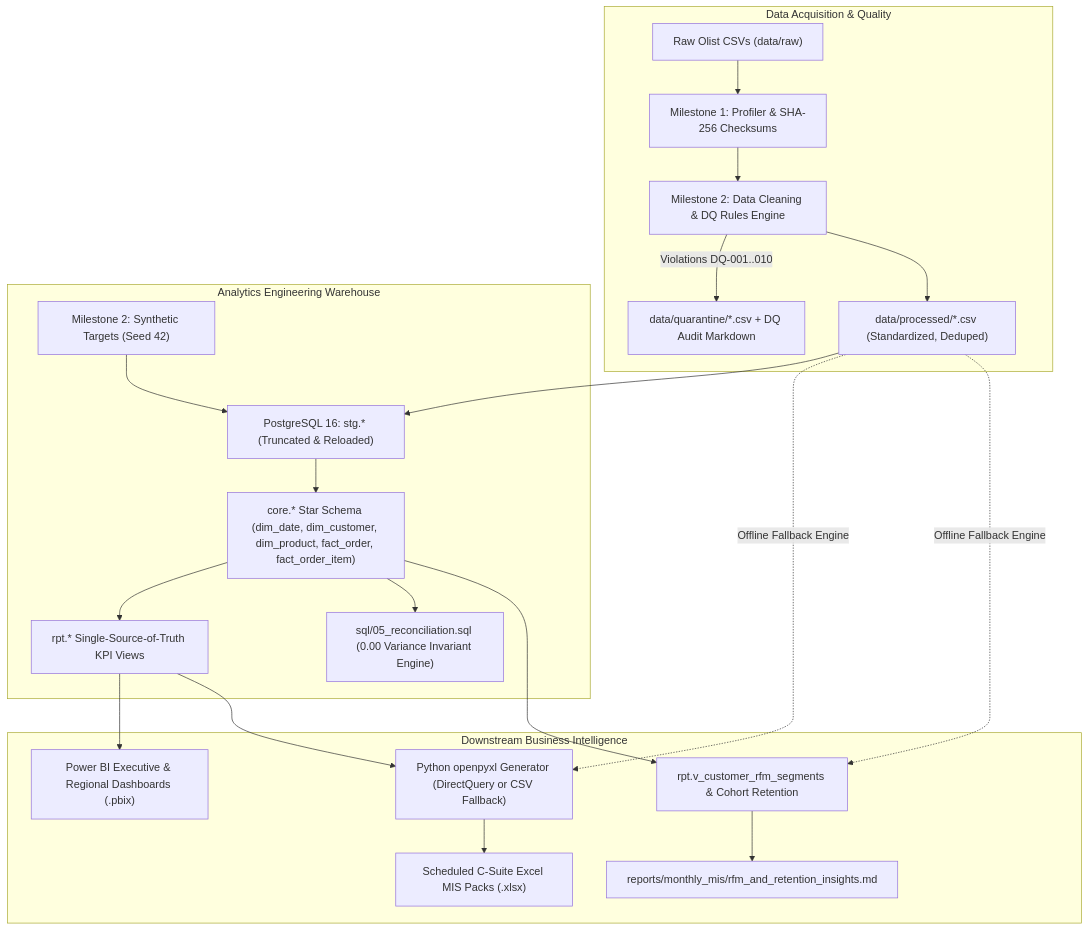
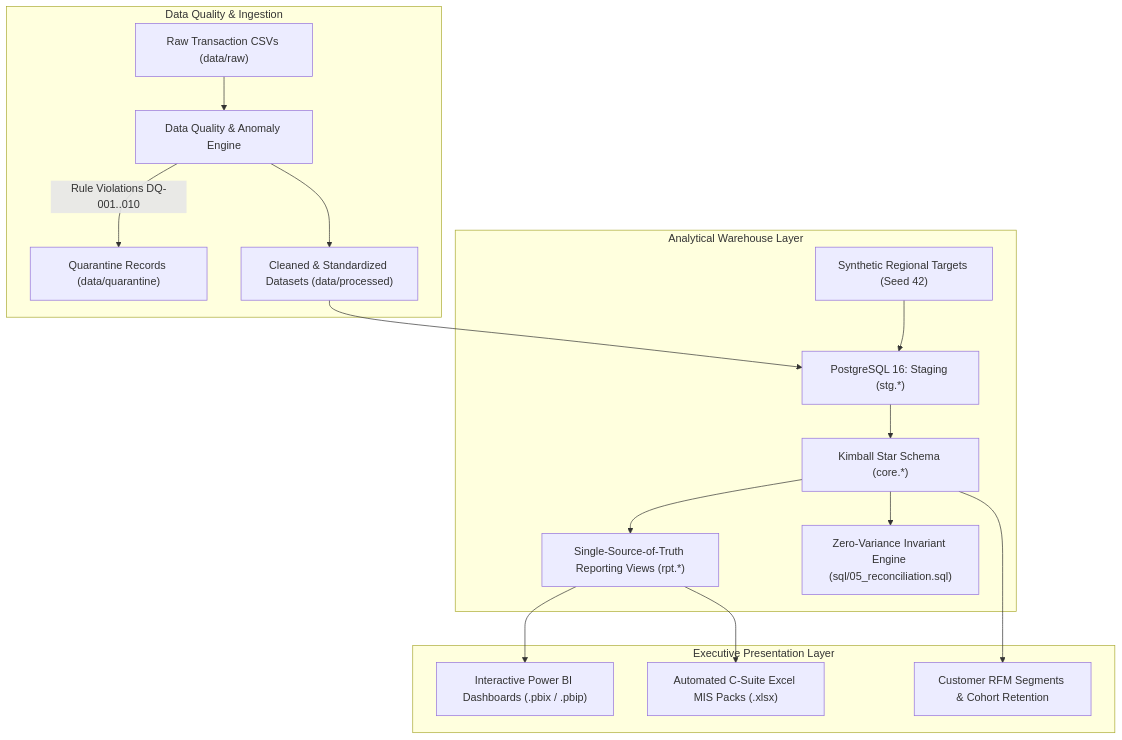
One commit to sohamsabhaya/Sales-MIS-Dashboard changed the diagram in README.md. Above: the diagram before and after it, drawn with Mermaid. The commit also changed other lines of this file and 3 other files, not shown here.

````diff
--- a/README.md
+++ b/README.md
@@ -14,27 +77,22 @@
 ```mermaid
 flowchart TD
-    subgraph Data Acquisition & Quality
-        RawCSVs["Raw Olist CSVs (data/raw)"] --> Profiler["Milestone 1: Profiler & SHA-256 Checksums"]
-        Profiler --> Cleaner["Milestone 2: Data Cleaning & DQ Rules Engine"]
-        Cleaner -->|Violations DQ-001..010| Quarantine["data/quarantine/*.csv + DQ Audit Markdown"]
-        Cleaner --> CleanCSVs["data/processed/*.csv (Standardized, Deduped)"]
+    subgraph Data Quality & Ingestion
+        RawData["Raw Transaction CSVs (data/raw)"] --> AuditEngine["Data Quality & Anomaly Engine"]
+        AuditEngine -->|Rule Violations DQ-001..010| Quarantine["Quarantine Records (data/quarantine)"]
+        AuditEngine --> CleanData["Cleaned & Standardized Datasets (data/processed)"]
     end
 
-    subgraph Analytics Engineering Warehouse
-        CleanCSVs --> Staging["PostgreSQL 16: stg.* (Truncated & Reloaded)"]
-        Targets["Milestone 2: Synthetic Targets (Seed 42)"] --> Staging
-        Staging --> StarSchema["core.* Star Schema (dim_date, dim_customer, dim_product, fact_order, fact_order_item)"]
-        StarSchema --> KPIViews["rpt.* Single-Source-of-Truth KPI Views"]
-        StarSchema --> Recon["sql/05_reconciliation.sql (0.00 Variance Invariant Engine)"]
+    subgraph Analytical Warehouse Layer
+        CleanData --> Staging["PostgreSQL 16: Staging (stg.*)"]
+        Targets["Synthetic Regional Targets (Seed 42)"] --> Staging
+        Staging --> StarSchema["Kimball Star Schema (core.*)"]
+        StarSchema --> KPIViews["Single-Source-of-Truth Reporting Views (rpt.*)"]
+        StarSchema --> Reconciliation["Zero-Variance Invariant Engine (sql/05_reconciliation.sql)"]
     end
 
-    subgraph Downstream Business Intelligence
-        KPIViews --> PowerBI["Power BI Executive & Regional Dashboards (.pbix)"]
-        KPIViews --> MISGenerator["Python openpyxl Generator (DirectQuery or CSV Fallback)"]
-        CleanCSVs -.->|Offline Fallback Engine| MISGenerator
-        MISGenerator --> ExcelMIS["Scheduled C-Suite Excel MIS Packs (.xlsx)"]
-        StarSchema --> RFMEngine["rpt.v_customer_rfm_segments & Cohort Retention"]
-        CleanCSVs -.->|Offline Fallback Engine| RFMEngine
-        RFMEngine --> RFMReport["reports/monthly_mis/rfm_and_retention_insights.md"]
+    subgraph Executive Presentation Layer
+        KPIViews --> PowerBI["Interactive Power BI Dashboards (.pbix / .pbip)"]
+        KPIViews --> MISReports["Automated C-Suite Excel MIS Packs (.xlsx)"]
+        StarSchema --> RFMAnalytics["Customer RFM Segments & Cohort Retention"]
     end
 ```
````
